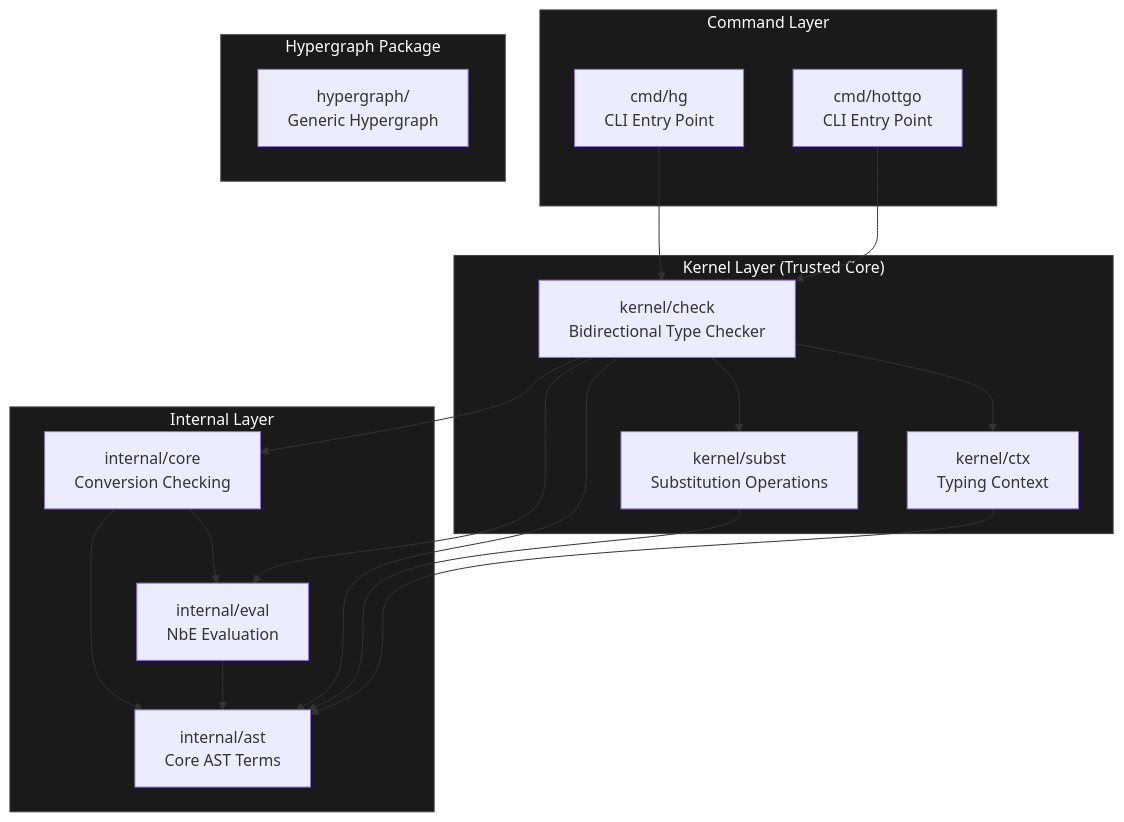
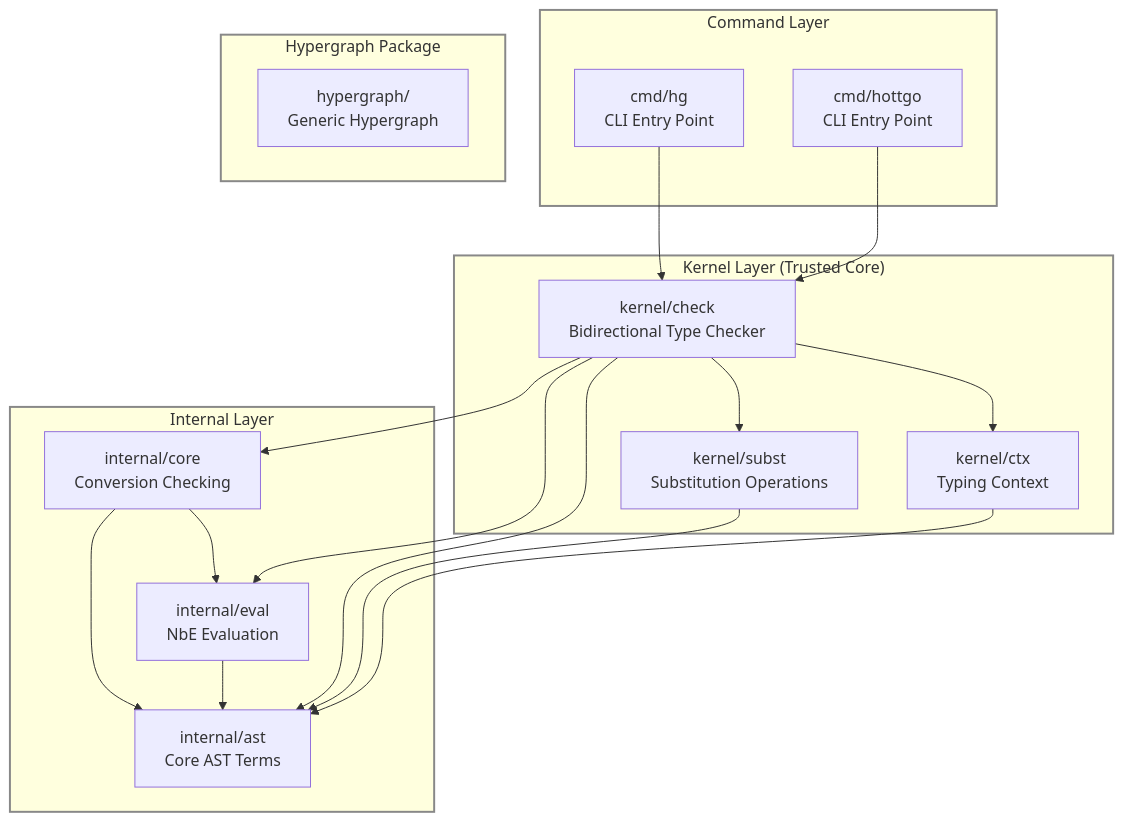
Before and after one commit to watchthelight/HypergraphGo: the fifth of 26 diagrams in DIAGRAMS.md, drawn with Mermaid. The commit also changed other lines of this file and 1 other file, not shown here.

Commit message:
Diagram updates

````diff
--- a/DIAGRAMS.md
+++ b/DIAGRAMS.md
@@ -470,45 +720,45 @@
 ```mermaid
 flowchart TB
     subgraph cmd["Command Layer"]
         hg["cmd/hg<br/>CLI Entry Point"]
         hottgo["cmd/hottgo<br/>CLI Entry Point"]
     end
 
     subgraph kernel["Kernel Layer (Trusted Core)"]
         check["kernel/check<br/>Bidirectional Type Checker"]
         ctx["kernel/ctx<br/>Typing Context"]
         subst["kernel/subst<br/>Substitution Operations"]
     end
 
     subgraph internal["Internal Layer"]
         ast["internal/ast<br/>Core AST Terms"]
         eval["internal/eval<br/>NbE Evaluation"]
         core["internal/core<br/>Conversion Checking"]
     end
 
     subgraph hypergraph["Hypergraph Package"]
         hgraph["hypergraph/<br/>Generic Hypergraph"]
     end
 
     hg --> check
     hottgo --> check
 
     check --> ctx
     check --> subst
     check --> ast
     check --> eval
     check --> core
 
     ctx --> ast
     subst --> ast
 
     core --> eval
     core --> ast
 
     eval --> ast
 
-    style kernel fill:#1a1a1a,stroke:#444,color:#fff
-    style internal fill:#1a1a1a,stroke:#444,color:#fff
-    style cmd fill:#1a1a1a,stroke:#444,color:#fff
-    style hypergraph fill:#1a1a1a,stroke:#444,color:#fff
+    style kernel stroke:#888,stroke-width:2px
+    style internal stroke:#888,stroke-width:2px
+    style cmd stroke:#888,stroke-width:2px
+    style hypergraph stroke:#888,stroke-width:2px
 ```
````
